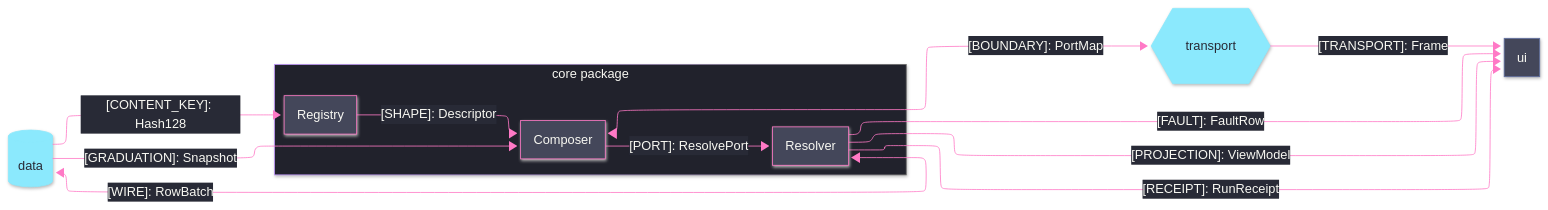
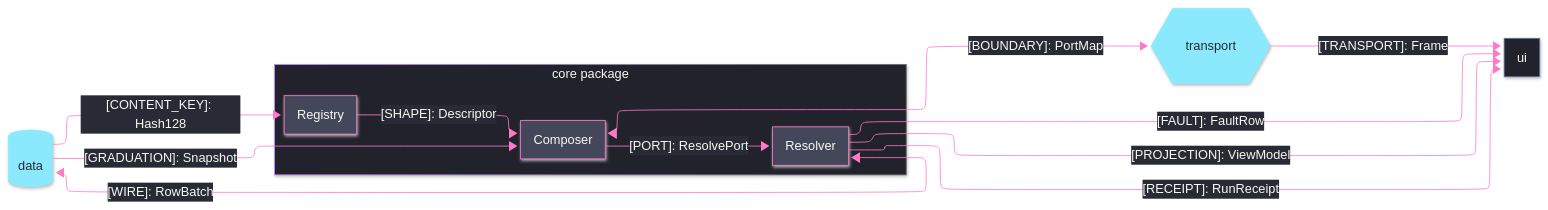
Before and after one commit to bsamiee/Rasm: the diagram in .claude/skills/mermaid-diagramming/templates/seam-graph.mmd.md, drawn with Mermaid. The commit also changed other lines of this file and 27 other files, not shown here.

````diff
--- a/.claude/skills/mermaid-diagramming/templates/seam-graph.mmd.md
+++ b/.claude/skills/mermaid-diagramming/templates/seam-graph.mmd.md
@@ -5,47 +5,47 @@
 ```mermaid
 ---
 config:
   layout: elk
   look: neo
   theme: base
   themeVariables:
     darkMode: true
     background: "#282A36"
     primaryColor: "#44475A"
     primaryTextColor: "#F8F8F2"
     primaryBorderColor: "#BD93F9"
     lineColor: "#FF79C6"
     textColor: "#F8F8F2"
     clusterBkg: "#21222C"
     clusterBorder: "#6272A4"
     edgeLabelBackground: "#282A36"
     titleColor: "#F8F8F2"
 ---
 flowchart LR
     accTitle: Package seam registry
     accDescr: Home package sub-domains exchanging kinded shapes with external counterparts, classed by bidirectional versus one-way seam direction.
     subgraph core[core package]
         Resolver[Resolver]
         Registry[Registry]
         Composer[Composer]
     end
     DataStore[(data)]
     UiShell[ui]
     Transport{{transport}}
     Registry -->|"[SHAPE]: Descriptor"| Composer
     Composer -->|"[PORT]: ResolvePort"| Resolver
     Resolver <-->|"[WIRE]: RowBatch"| DataStore
     DataStore -->|"[CONTENT_KEY]: Hash128"| Registry
     DataStore -->|"[GRADUATION]: Snapshot"| Composer
     Composer <-->|"[BOUNDARY]: PortMap"| Transport
     Transport -->|"[TRANSPORT]: Frame"| UiShell
     Resolver -->|"[PROJECTION]: ViewModel"| UiShell
     Resolver -->|"[RECEIPT]: RunReceipt"| UiShell
     Resolver -->|"[FAULT]: FaultRow"| UiShell
     classDef primary fill:#44475A,stroke:#FF79C6,color:#F8F8F2
     classDef external fill:#8BE9FD,stroke:#8BE9FD,color:#282A36
-    classDef annotation fill:#44475A,stroke:#6272A4,color:#F8F8F2
+    classDef annotation fill:#21222C,stroke:#6272A4,color:#F8F8F2
     class Resolver,Registry,Composer primary
     class DataStore,Transport external
     class UiShell annotation
 ```
````
